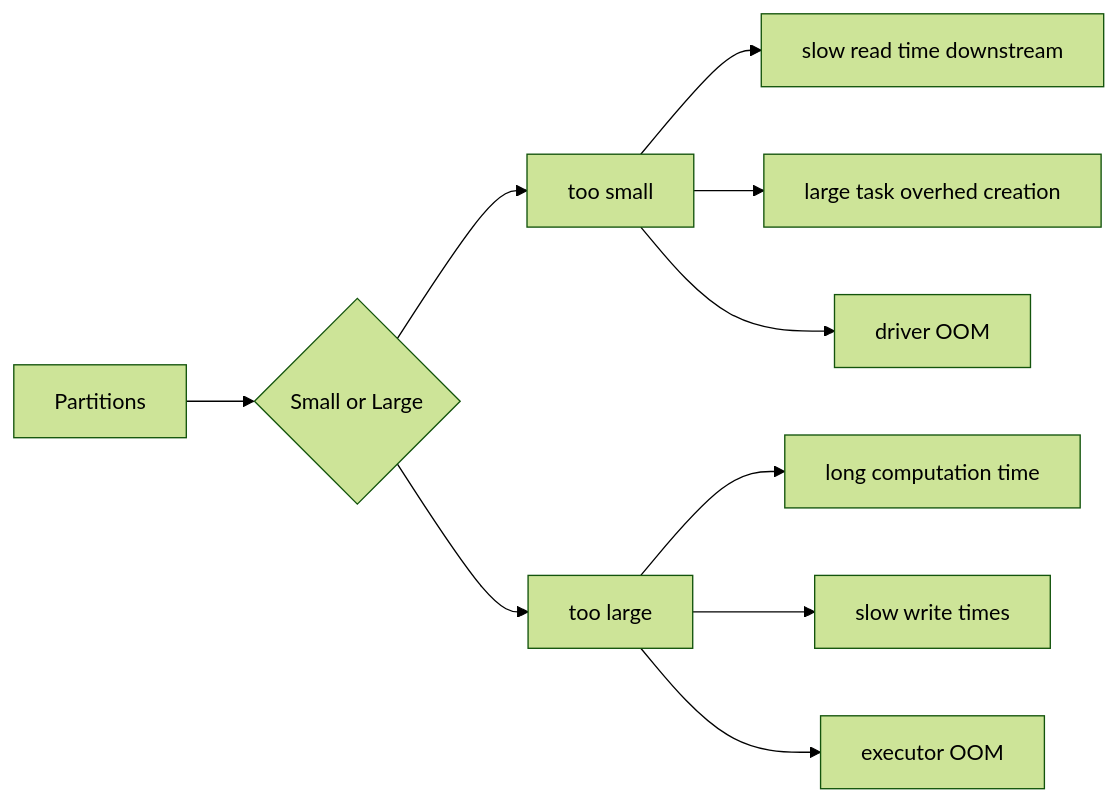
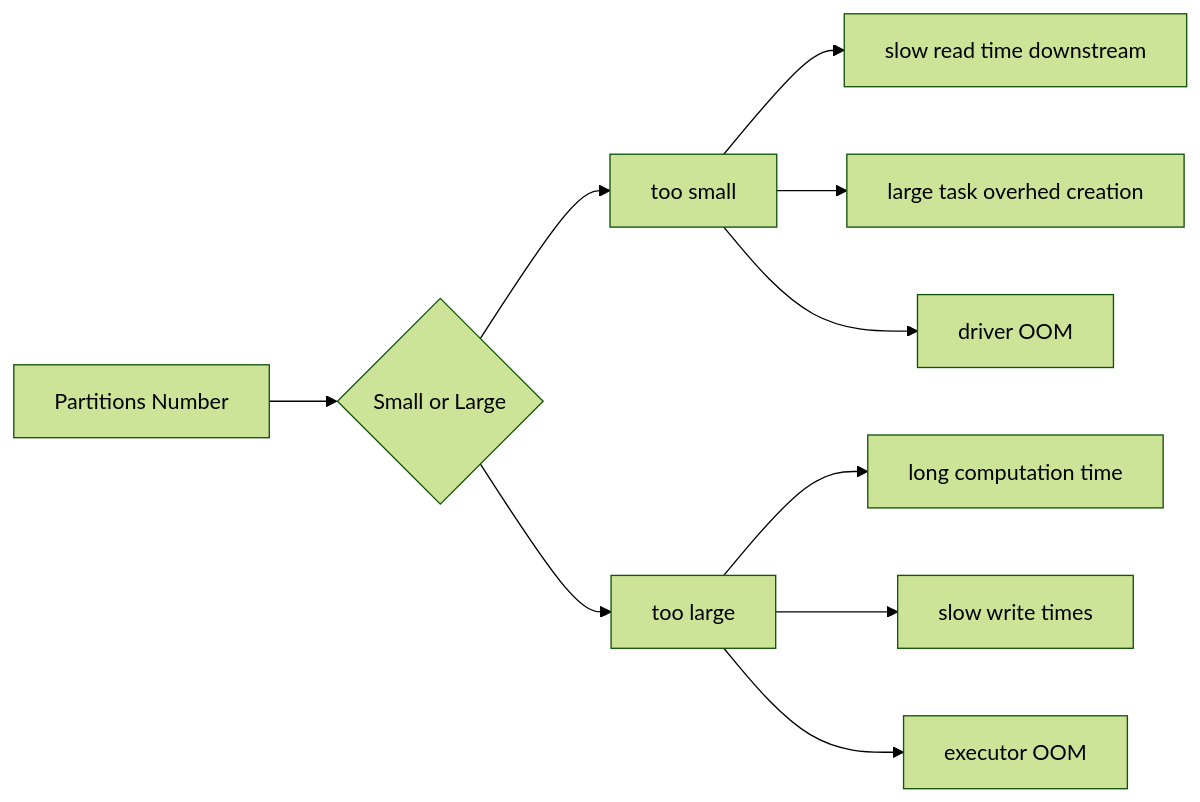
Before and after one commit to matheus-rossi/docs: the diagram in docs/development/data-engineering/spark/concepts.md, drawn with Mermaid (forest theme). The commit also changed other lines of this file and 2 other files, not shown here.

````diff
--- a/docs/development/data-engineering/spark/concepts.md
+++ b/docs/development/data-engineering/spark/concepts.md
@@ -37,12 +84,12 @@
 ```mermaid
 flowchart LR
-    A[Partitions] --> C{Small or Large}
+    A[Partitions Number] --> C{Small or Large}
     C --> D[too small]
     D --> E[slow read time downstream]
     D --> F[large task overhed creation]
     D --> G[driver OOM]
     C --> H[too large]
     H --> I[long computation time]
     H --> J[slow write times]
     H --> K[executor OOM]
 ```
````
